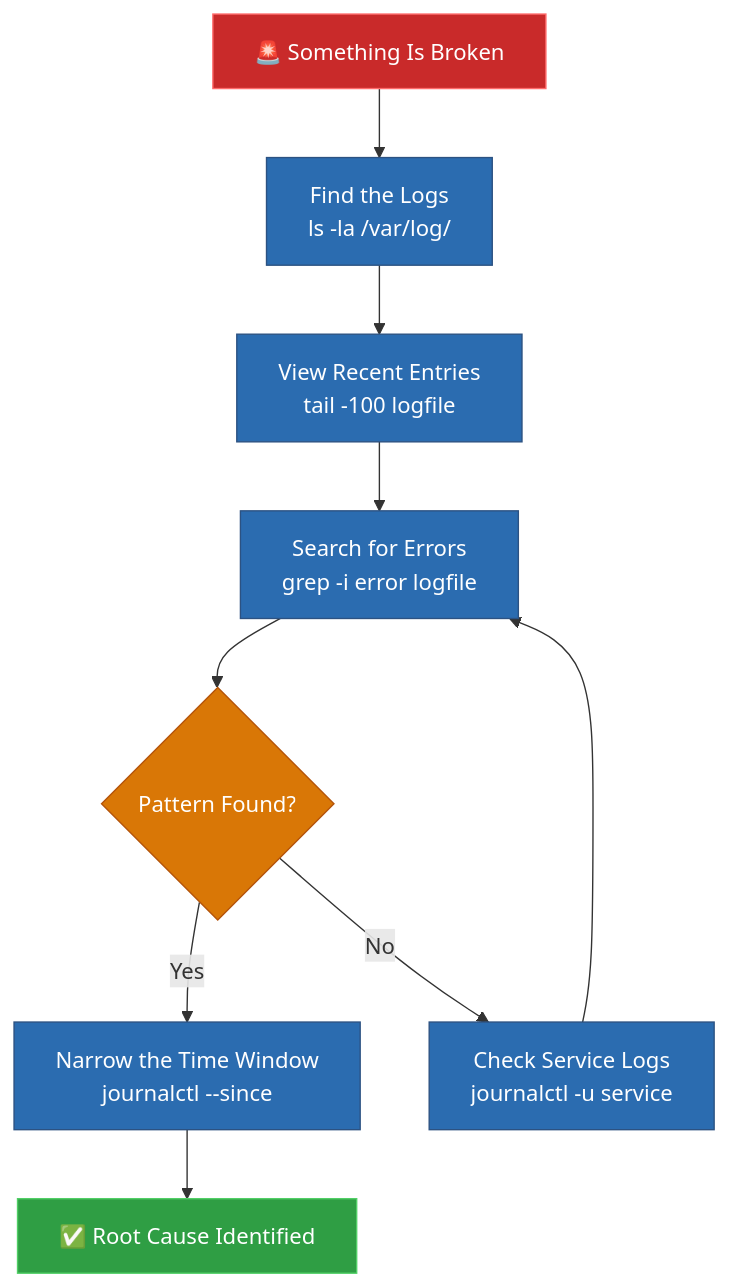
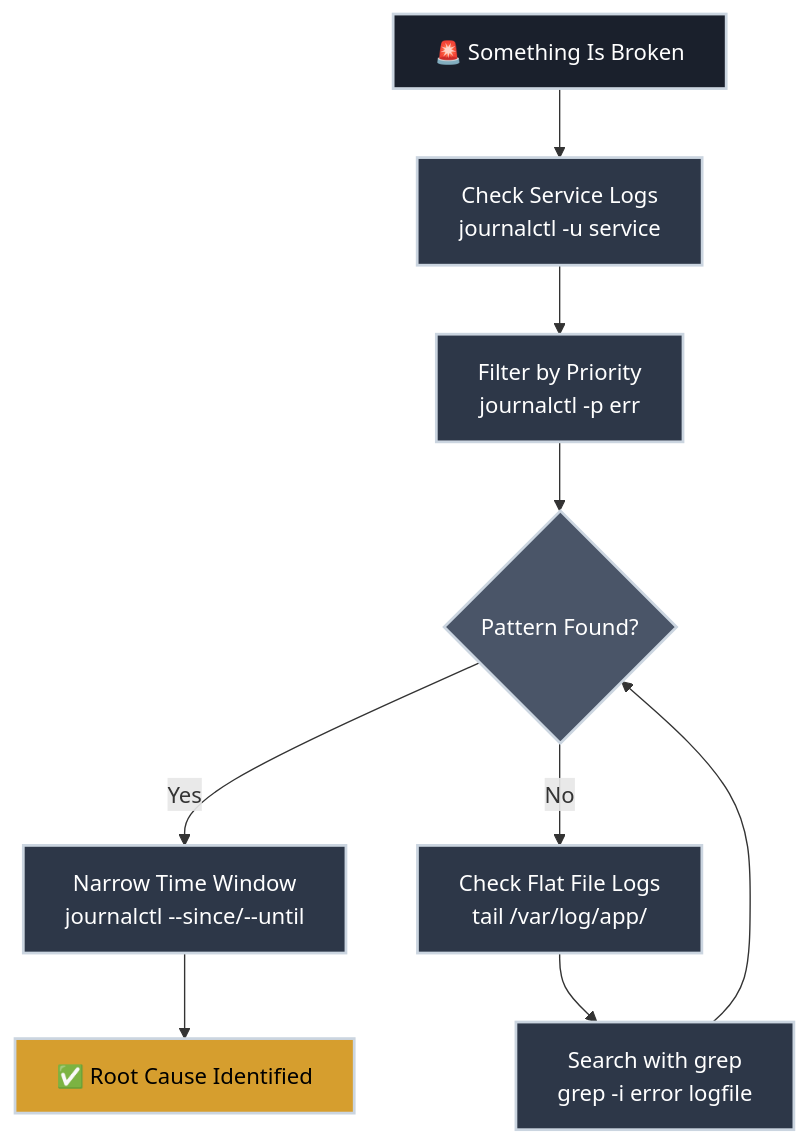
The diagram in docs/day_one/reading_logs.md (bradpenney/exploring_linux), drawn with Mermaid before and after one commit. The commit also changed other lines of this file and 26 other files, not shown here.

````diff
--- a/docs/day_one/reading_logs.md
+++ b/docs/day_one/reading_logs.md
@@ -21,20 +21,20 @@
 ``` mermaid
 graph TD
-    A["🚨 Something Is Broken"] --> B["Find the Logs<br/>ls -la /var/log/"]
-    B --> C["View Recent Entries<br/>tail -100 logfile"]
-    C --> D["Search for Errors<br/>grep -i error logfile"]
-    D --> E{"Pattern Found?"}
-    E -->|Yes| F["Narrow the Time Window<br/>journalctl --since"]
-    E -->|No| G["Check Service Logs<br/>journalctl -u service"]
+    A["🚨 Something Is Broken"] --> B["Check Service Logs<br/>journalctl -u service"]
+    B --> C["Filter by Priority<br/>journalctl -p err"]
+    C --> D{"Pattern Found?"}
+    D -->|Yes| E["Narrow Time Window<br/>journalctl --since/--until"]
+    D -->|No| F["Check Flat File Logs<br/>tail /var/log/app/"]
+    F --> G["Search with grep<br/>grep -i error logfile"]
     G --> D
-    F --> H["✅ Root Cause Identified"]
+    E --> H["✅ Root Cause Identified"]
 
-    style A fill:#c92a2a,stroke:#ff6b6b,color:#fff
-    style H fill:#2f9e44,stroke:#51cf66,color:#fff
-    style B fill:#2b6cb0,stroke:#2c5282,color:#fff
-    style C fill:#2b6cb0,stroke:#2c5282,color:#fff
-    style D fill:#2b6cb0,stroke:#2c5282,color:#fff
-    style E fill:#d97706,stroke:#b45309,color:#fff
-    style F fill:#2b6cb0,stroke:#2c5282,color:#fff
-    style G fill:#2b6cb0,stroke:#2c5282,color:#fff
+    style A fill:#1a202c,stroke:#cbd5e0,stroke-width:2px,color:#fff
+    style B fill:#2d3748,stroke:#cbd5e0,stroke-width:2px,color:#fff
+    style C fill:#2d3748,stroke:#cbd5e0,stroke-width:2px,color:#fff
+    style D fill:#4a5568,stroke:#cbd5e0,stroke-width:2px,color:#fff
+    style E fill:#2d3748,stroke:#cbd5e0,stroke-width:2px,color:#fff
+    style F fill:#2d3748,stroke:#cbd5e0,stroke-width:2px,color:#fff
+    style G fill:#2d3748,stroke:#cbd5e0,stroke-width:2px,color:#fff
+    style H fill:#d69e2e,stroke:#cbd5e0,stroke-width:2px,color:#000
 ```
````
